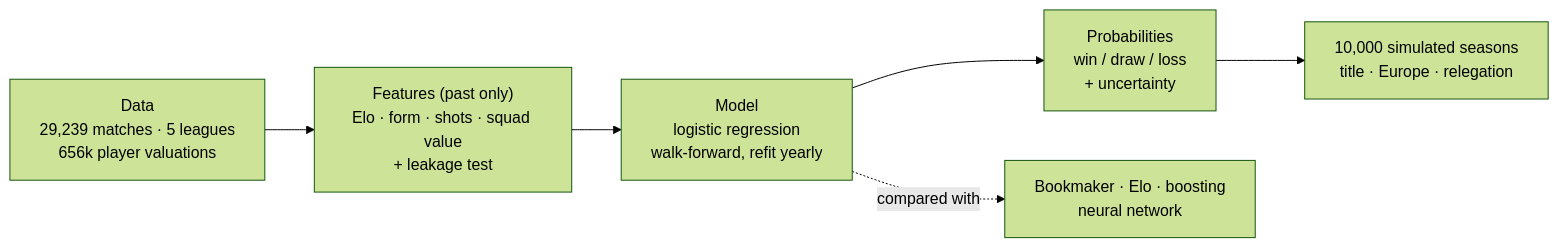
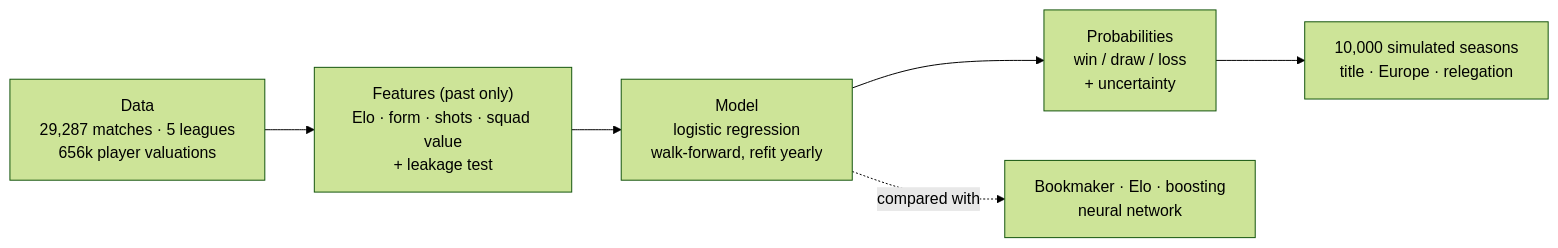
The diagram in README.md (lacostetheo/ML-PREDICTION-OLYMPIQUE-LYONNAIS), drawn with Mermaid (forest theme) before and after one commit. The commit also changed other lines of this file and 76 other files, not shown here.

````diff
--- a/README.md
+++ b/README.md
@@ -31,8 +31,8 @@
 ```mermaid
 flowchart LR
-  A["Data<br/>29,239 matches · 5 leagues<br/>656k player valuations"] --> B["Features (past only)<br/>Elo · form · shots · squad value<br/>+ leakage test"]
+  A["Data<br/>29,287 matches · 5 leagues<br/>656k player valuations"] --> B["Features (past only)<br/>Elo · form · shots · squad value<br/>+ leakage test"]
   B --> C["Model<br/>logistic regression<br/>walk-forward, refit yearly"]
   C --> D["Probabilities<br/>win / draw / loss<br/>+ uncertainty"]
   D --> E["10,000 simulated seasons<br/>title · Europe · relegation"]
   C -. compared with .-> F["Bookmaker · Elo · boosting<br/>neural network"]
 ```
````
